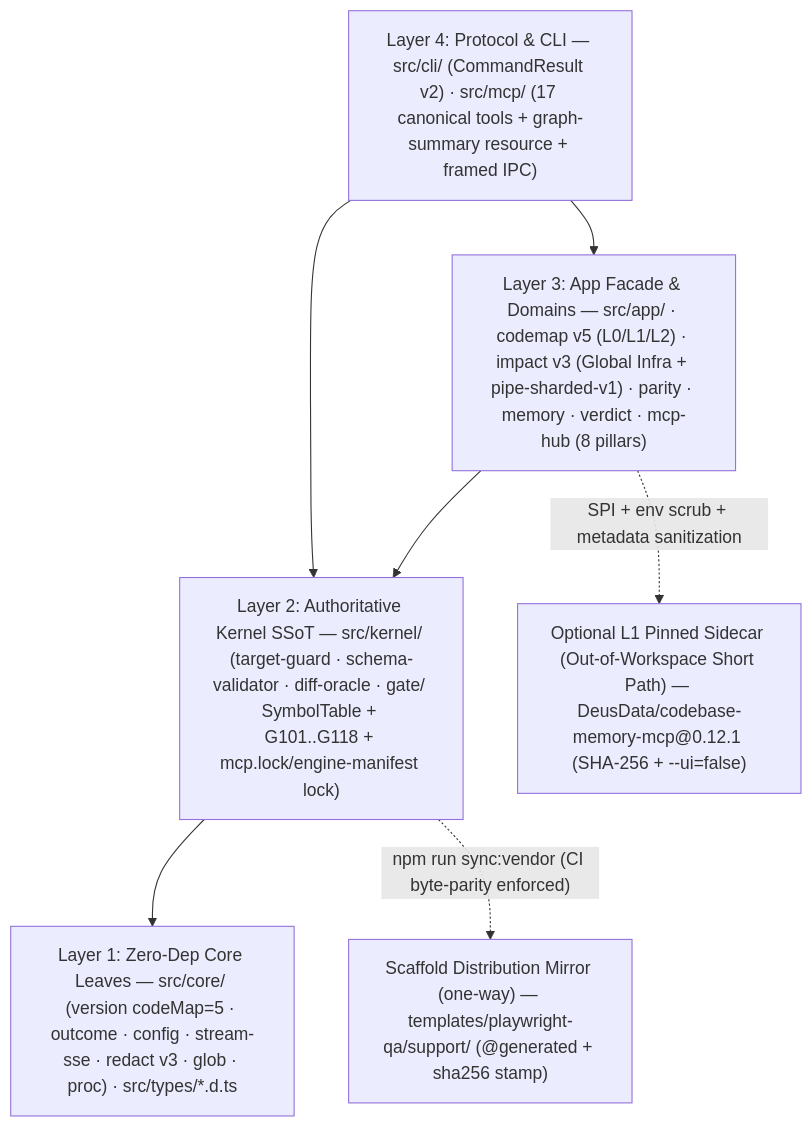
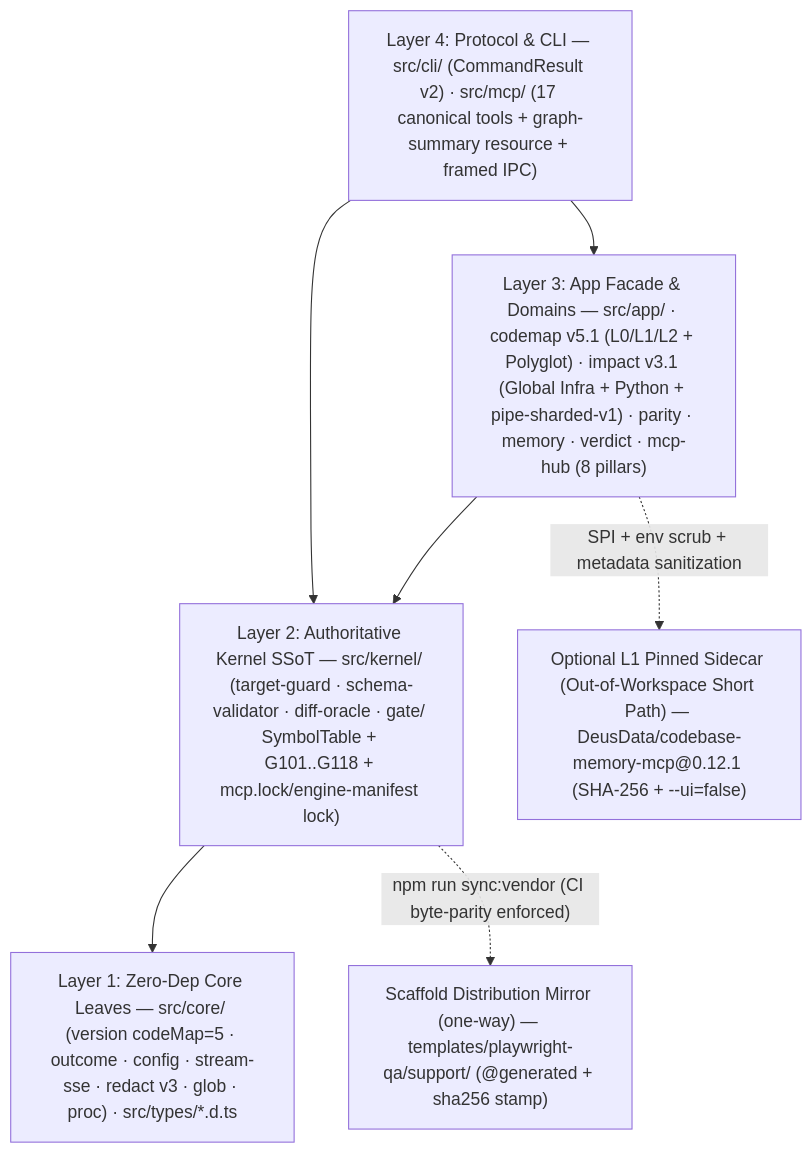
One commit to seaworld008/ai-test-workbench changed the diagram in README.en.md. Above: the diagram before and after it, drawn with Mermaid. The commit also changed other lines of this file and 97 other files, not shown here.

Commit message:
feat(v6.7.0): polyglot monorepo auto-discovery, TS/Python full-stack CodeMap v5.1, Diff-Impact v3.1 & CLI ergonomics

````diff
--- a/README.en.md
+++ b/README.en.md
@@ -85,14 +85,14 @@
 ```mermaid
 flowchart TB
     L4["Layer 4: Protocol & CLI — src/cli/ (CommandResult v2) · src/mcp/ (17 canonical tools + graph-summary resource + framed IPC)"]
-    L3["Layer 3: App Facade & Domains — src/app/ · codemap v5 (L0/L1/L2) · impact v3 (Global Infra + pipe-sharded-v1) · parity · memory · verdict · mcp-hub (8 pillars)"]
+    L3["Layer 3: App Facade & Domains — src/app/ · codemap v5.1 (L0/L1/L2 + Polyglot) · impact v3.1 (Global Infra + Python + pipe-sharded-v1) · parity · memory · verdict · mcp-hub (8 pillars)"]
     L2["Layer 2: Authoritative Kernel SSoT — src/kernel/ (target-guard · schema-validator · diff-oracle · gate/ SymbolTable + G101..G118 + mcp.lock/engine-manifest lock)"]
     L1["Layer 1: Zero-Dep Core Leaves — src/core/ (version codeMap=5 · outcome · config · stream-sse · redact v3 · glob · proc) · src/types/*.d.ts"]
     CBM["Optional L1 Pinned Sidecar (Out-of-Workspace Short Path) — DeusData/codebase-memory-mcp@0.12.1 (SHA-256 + --ui=false)"]
     TPL["Scaffold Distribution Mirror (one-way) — templates/playwright-qa/support/ (@generated + sha256 stamp)"]
 
     L4 --> L3 --> L2 --> L1
     L4 --> L2
     L3 -. "SPI + env scrub + metadata sanitization" .-> CBM
     L2 -. "npm run sync:vendor (CI byte-parity enforced)" .-> TPL
 ```
````
